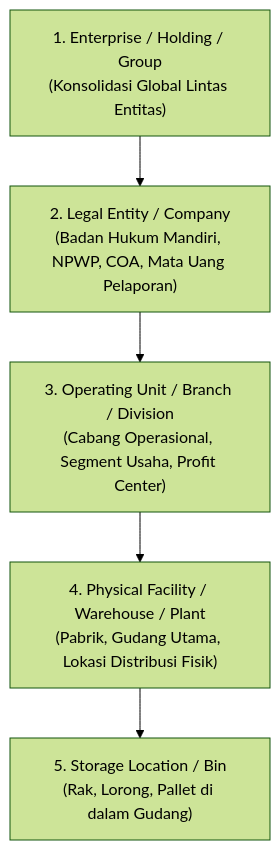
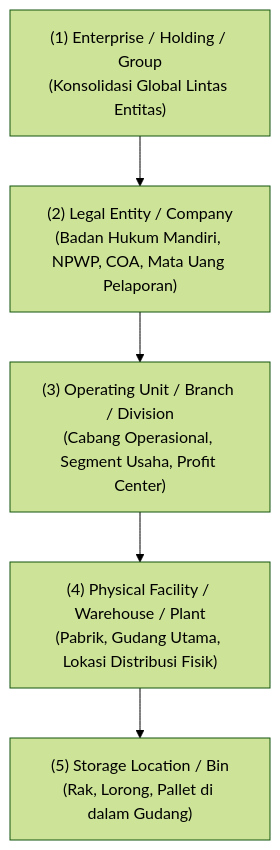
Before and after one commit to alimurrofid/erp-notes: the first of 2 diagrams in content/00-fundamentals/organizational-structure.md, drawn with Mermaid (forest theme). The commit also changed 132 other files, not shown here.

````diff
--- a/content/00-fundamentals/organizational-structure.md
+++ b/content/00-fundamentals/organizational-structure.md
@@ -19,13 +19,13 @@
 ```mermaid
 flowchart TD
-    Enterprise["1. Enterprise / Holding / Group<br/>(Konsolidasi Global Lintas Entitas)"]
-    LegalEntity["2. Legal Entity / Company<br/>(Badan Hukum Mandiri, NPWP, COA, Mata Uang Pelaporan)"]
-    OperatingUnit["3. Operating Unit / Branch / Division<br/>(Cabang Operasional, Segment Usaha, Profit Center)"]
-    Facility["4. Physical Facility / Warehouse / Plant<br/>(Pabrik, Gudang Utama, Lokasi Distribusi Fisik)"]
-    Location["5. Storage Location / Bin<br/>(Rak, Lorong, Pallet di dalam Gudang)"]
+    Enterprise["(1) Enterprise / Holding / Group<br/>(Konsolidasi Global Lintas Entitas)"]
+    LegalEntity["(2) Legal Entity / Company<br/>(Badan Hukum Mandiri, NPWP, COA, Mata Uang Pelaporan)"]
+    OperatingUnit["(3) Operating Unit / Branch / Division<br/>(Cabang Operasional, Segment Usaha, Profit Center)"]
+    Facility["(4) Physical Facility / Warehouse / Plant<br/>(Pabrik, Gudang Utama, Lokasi Distribusi Fisik)"]
+    Location["(5) Storage Location / Bin<br/>(Rak, Lorong, Pallet di dalam Gudang)"]
 
     Enterprise --> LegalEntity
     LegalEntity --> OperatingUnit
     OperatingUnit --> Facility
     Facility --> Location
 ```
````
